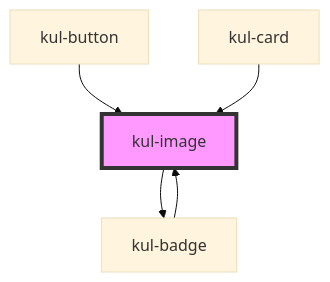
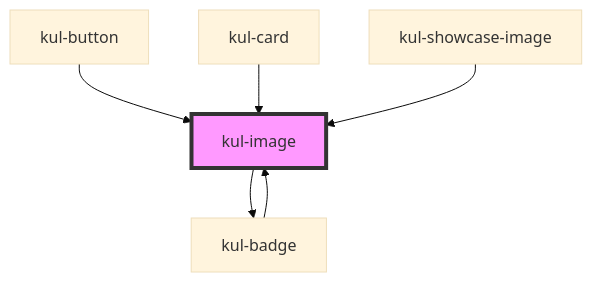
One commit to smeup/ketchup changed the diagram in packages/ketchup-lite/src/components/kul-image/readme.md. Above: the diagram before and after it, drawn with Mermaid (base theme). The commit also changed other lines of this file and 15 other files, not shown here.

````diff
--- a/packages/ketchup-lite/src/components/kul-image/readme.md
+++ b/packages/ketchup-lite/src/components/kul-image/readme.md
@@ -96,8 +97,9 @@
 ```mermaid
 graph TD;
   kul-image --> kul-badge
   kul-badge --> kul-image
   kul-button --> kul-image
   kul-card --> kul-image
+  kul-showcase-image --> kul-image
   style kul-image fill:#f9f,stroke:#333,stroke-width:4px
 ```
````
